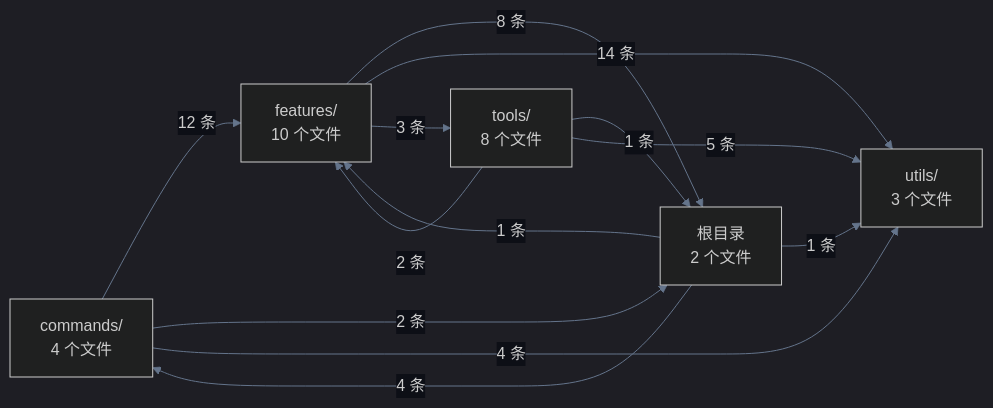
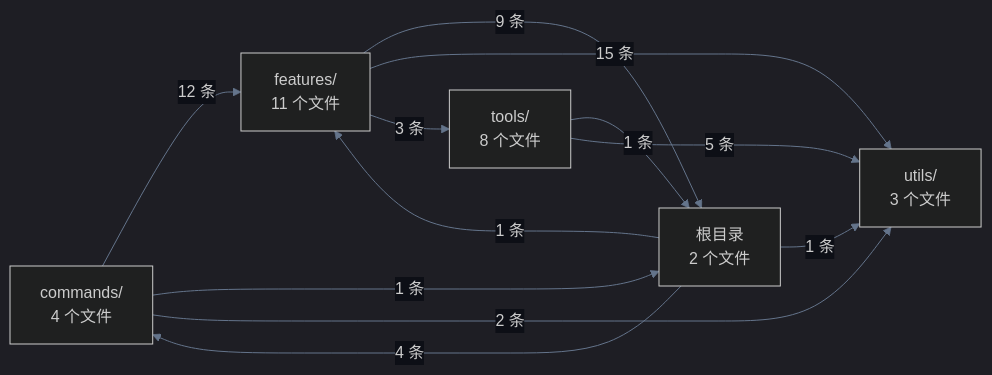
One commit to kernel4632/agent changed the diagram in docs/server-dependencies-dirs.mmd. Above: the diagram before and after it, drawn with Mermaid. The commit also changed 7 other files, not shown here.

Commit message:
docs: 更新重构后的依赖图和记录

```diff
--- a/docs/server-dependencies-dirs.mmd
+++ b/docs/server-dependencies-dirs.mmd
@@ -1,19 +1,18 @@
 %%{init: {'theme':'dark','themeVariables':{'fontFamily':'ui-monospace, monospace','primaryColor':'#18202b','primaryTextColor':'#f8fafc','lineColor':'#64748b','clusterBkg':'#11151d','clusterBorder':'#475569','edgeLabelBackground':'#0d0f16'}}}%%
 flowchart LR
   commands["commands/<br/>4 个文件"]
-  features["features/<br/>10 个文件"]
+  features["features/<br/>11 个文件"]
   tools["tools/<br/>8 个文件"]
   utils["utils/<br/>3 个文件"]
   _root_["根目录<br/>2 个文件"]
   _root_ -->|"4 条"| commands
   _root_ -->|"1 条"| features
   _root_ -->|"1 条"| utils
   commands -->|"12 条"| features
-  commands -->|"2 条"| _root_
-  commands -->|"4 条"| utils
-  features -->|"8 条"| _root_
-  features -->|"14 条"| utils
+  commands -->|"1 条"| _root_
+  commands -->|"2 条"| utils
+  features -->|"9 条"| _root_
+  features -->|"15 条"| utils
   features -->|"3 条"| tools
   tools -->|"1 条"| _root_
-  tools -->|"2 条"| features
   tools -->|"5 条"| utils
```
